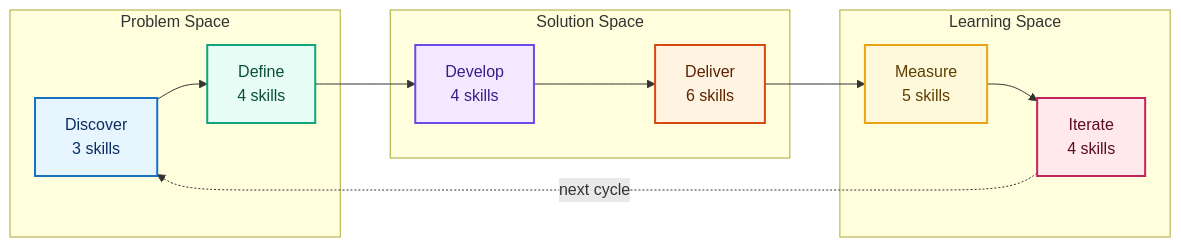
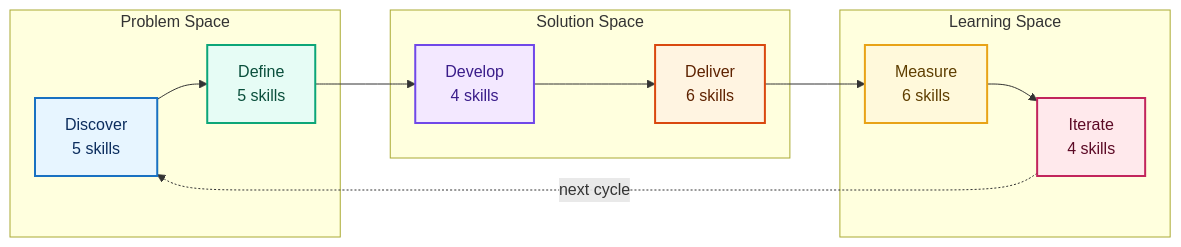
Before and after one commit to product-on-purpose/pm-skills: the first of 3 diagrams in docs/index.mdx, drawn with Mermaid. The commit also changed other lines of this file and 4 other files, not shown here.

````diff
--- a/docs/index.mdx
+++ b/docs/index.mdx
@@ -18,29 +18,29 @@
 ```mermaid
 graph LR
     subgraph "Problem Space"
-        D1["Discover<br/>3 skills"] --> D2["Define<br/>4 skills"]
+        D1["Discover<br/>5 skills"] --> D2["Define<br/>5 skills"]
     end
     subgraph "Solution Space"
         D3["Develop<br/>4 skills"] --> D4["Deliver<br/>6 skills"]
     end
     subgraph "Learning Space"
-        D5["Measure<br/>5 skills"] --> D6["Iterate<br/>4 skills"]
+        D5["Measure<br/>6 skills"] --> D6["Iterate<br/>4 skills"]
     end
     D2 --> D3
     D4 --> D5
     D6 -.->|"next cycle"| D1
 
     classDef discover fill:#e7f5ff,stroke:#1971c2,color:#0c2d5e,stroke-width:2px
     classDef define fill:#e6fcf5,stroke:#0ca678,color:#0a4f3c,stroke-width:2px
     classDef develop fill:#f3e8ff,stroke:#7048e8,color:#3a1d8a,stroke-width:2px
     classDef deliver fill:#fff4e1,stroke:#d9480f,color:#5e2200,stroke-width:2px
     classDef measure fill:#fff9db,stroke:#e8a317,color:#5e3e00,stroke-width:2px
     classDef iterate fill:#ffe9ec,stroke:#c2255c,color:#5c0a25,stroke-width:2px
 
     class D1 discover
     class D2 define
     class D3 develop
     class D4 deliver
     class D5 measure
     class D6 iterate
 ```
````
